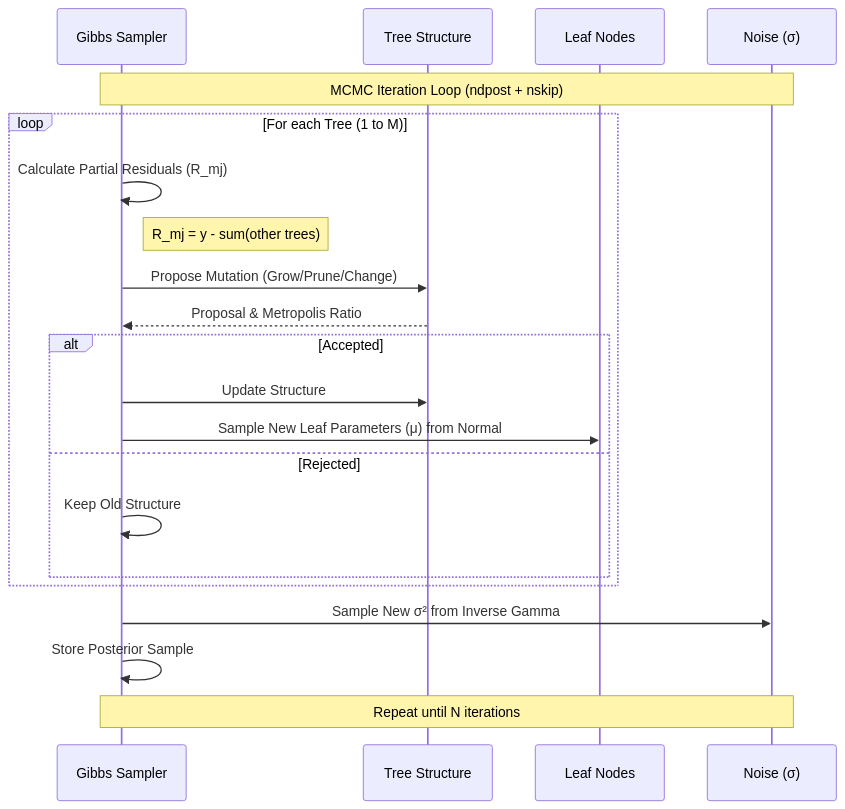
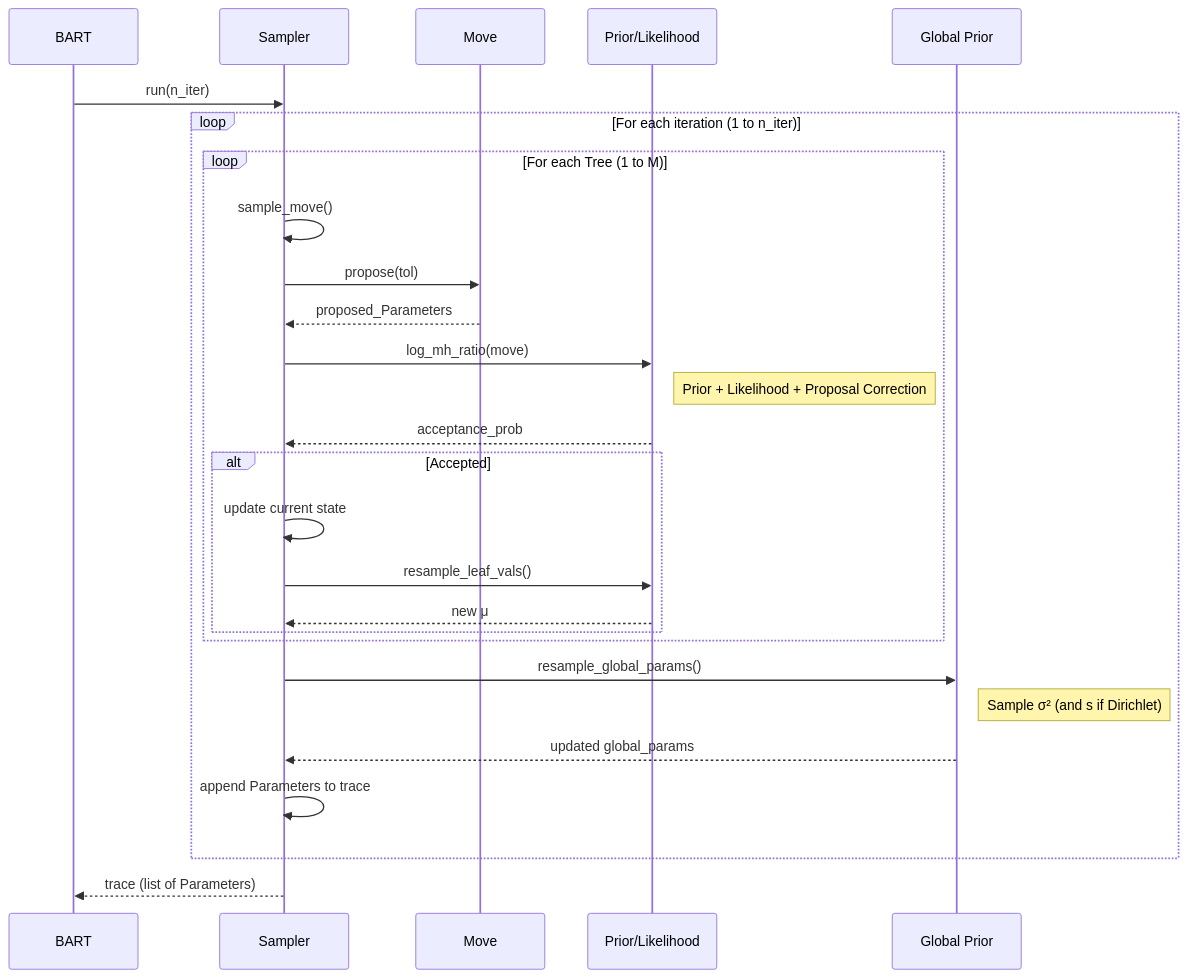
Before and after one commit to yanshuotan/bart-playground: the second of 5 diagrams in README.md, drawn with Mermaid. The commit also changed other lines of this file, not shown here.

````diff
--- a/README.md
+++ b/README.md
@@ -160,29 +177,34 @@
 ```mermaid
 sequenceDiagram
-    participant Algo as Gibbs Sampler
-    participant Tree as Tree Structure
-    participant Node as Leaf Nodes
-    participant Sigma as Noise (σ)
+    participant B as BART
+    participant S as Sampler
+    participant M as Move
+    participant P as Prior/Likelihood
+    participant G as Global Prior
 
-    Note over Algo, Sigma: MCMC Iteration Loop (ndpost + nskip)
-
-    loop For each Tree (1 to M)
-        Algo->>Algo: Calculate Partial Residuals (R_mj)
-        Note right of Algo: R_mj = y - sum(other trees)
+    B->>S: run(n_iter)
+    
+    loop For each iteration (1 to n_iter)
+        loop For each Tree (1 to M)
+            S->>S: sample_move()
+            S->>M: propose(tol)
+            M-->>S: proposed_Parameters
+            S->>P: log_mh_ratio(move)
+            Note right of P: Prior + Likelihood + Proposal Correction
+            P-->>S: acceptance_prob
+            
+            alt Accepted
+                S->>S: update current state
+                S->>P: resample_leaf_vals()
+                P-->>S: new μ
+            end
+        end
         
-        Algo->>Tree: Propose Mutation (Grow/Prune/Change)
-        Tree-->>Algo: Proposal & Metropolis Ratio
+        S->>G: resample_global_params()
+        Note right of G: Sample σ² (and s if Dirichlet)
+        G-->>S: updated global_params
         
-        alt Accepted
-            Algo->>Tree: Update Structure
-            Algo->>Node: Sample New Leaf Parameters (μ) from Normal
-        else Rejected
-            Algo->>Algo: Keep Old Structure
-        end
+        S->>S: append Parameters to trace
     end
-
-    Algo->>Sigma: Sample New σ² from Inverse Gamma
-    Algo->>Algo: Store Posterior Sample
-
-    Note over Algo, Sigma: Repeat until N iterations
+    S-->>B: trace (list of Parameters)
 ```
````
